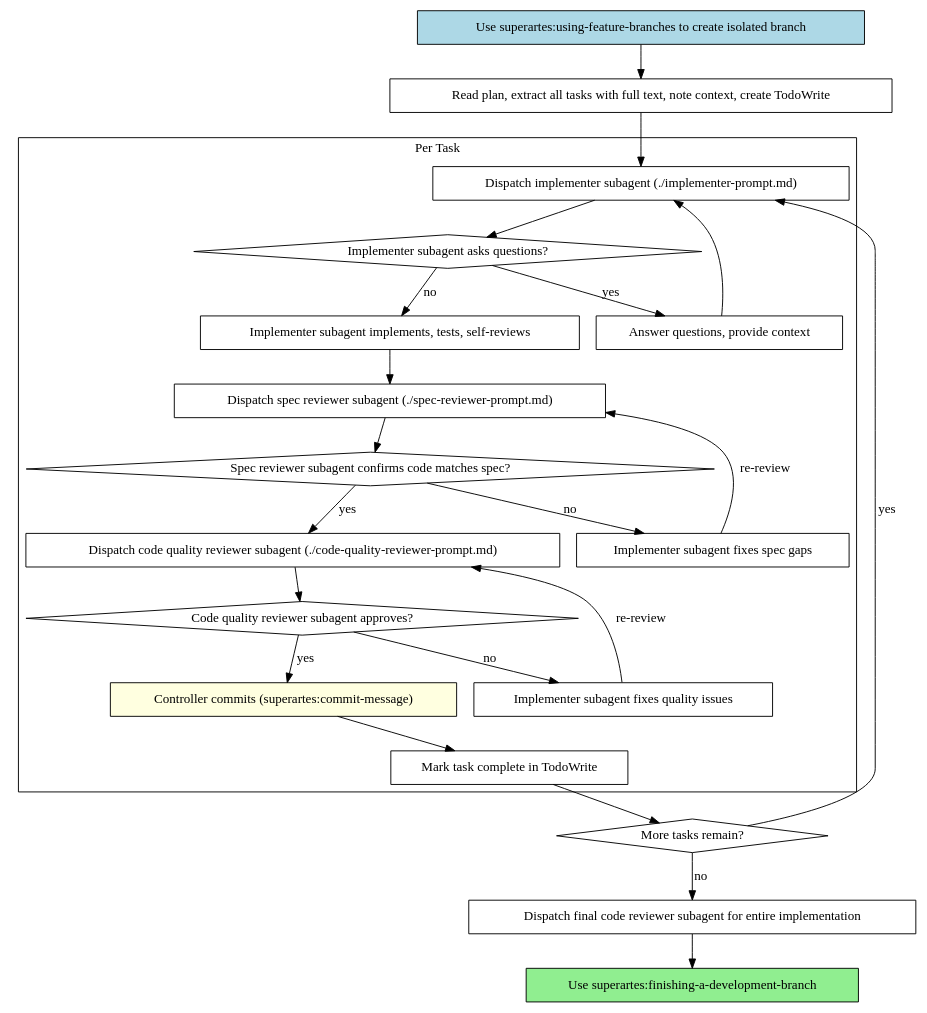
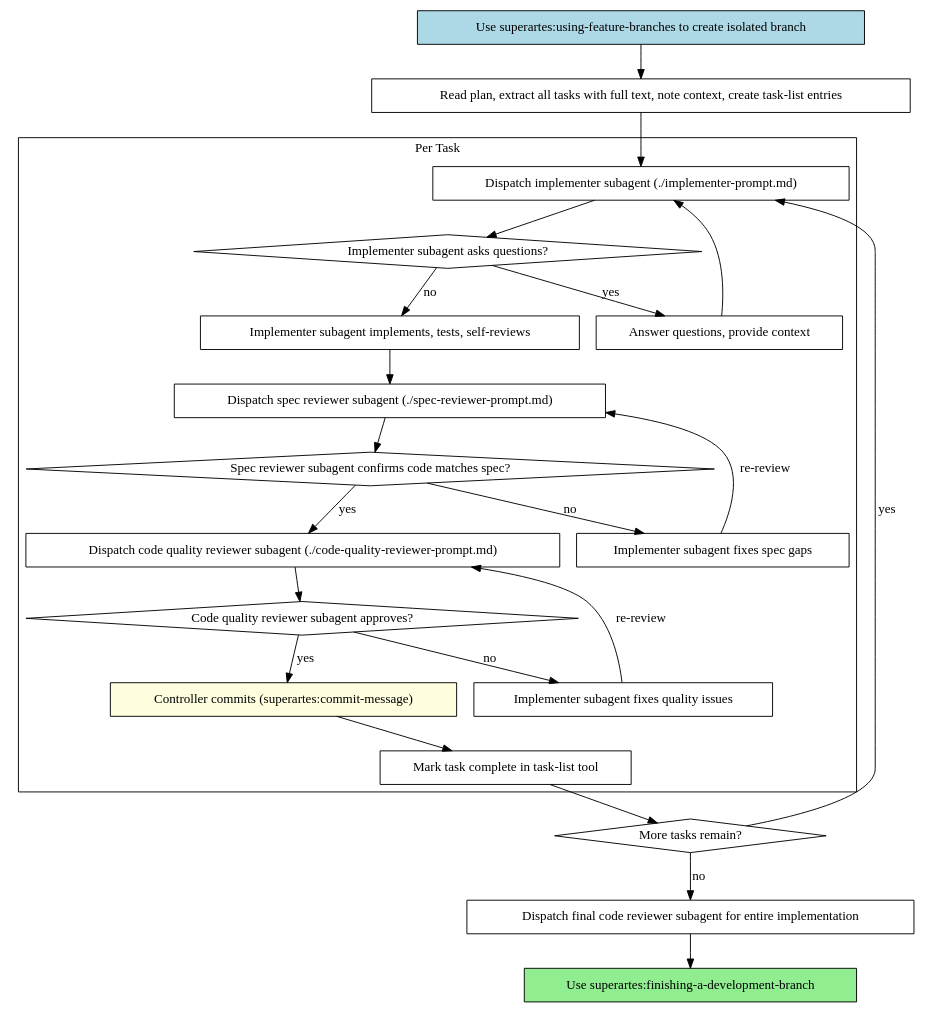
One commit to andybrandt/superartes changed the second of 2 diagrams in skills/subagent-driven-development/SKILL.md. Above: the diagram before and after it, drawn with Graphviz. The commit also changed other lines of this file and 18 other files, not shown here.

First line of the commit message:
v1.4.2 - make task-list guidance platform-agnostic

````diff
--- a/skills/subagent-driven-development/SKILL.md
+++ b/skills/subagent-driven-development/SKILL.md
@@ -44,48 +44,48 @@
 ```dot
 digraph process {
     rankdir=TB;
 
     subgraph cluster_per_task {
         label="Per Task";
         "Dispatch implementer subagent (./implementer-prompt.md)" [shape=box];
         "Implementer subagent asks questions?" [shape=diamond];
         "Answer questions, provide context" [shape=box];
         "Implementer subagent implements, tests, self-reviews" [shape=box];
         "Dispatch spec reviewer subagent (./spec-reviewer-prompt.md)" [shape=box];
         "Spec reviewer subagent confirms code matches spec?" [shape=diamond];
         "Implementer subagent fixes spec gaps" [shape=box];
         "Dispatch code quality reviewer subagent (./code-quality-reviewer-prompt.md)" [shape=box];
         "Code quality reviewer subagent approves?" [shape=diamond];
         "Implementer subagent fixes quality issues" [shape=box];
         "Controller commits (superartes:commit-message)" [shape=box style=filled fillcolor=lightyellow];
-        "Mark task complete in TodoWrite" [shape=box];
+        "Mark task complete in task-list tool" [shape=box];
     }
 
     "Use superartes:using-feature-branches to create isolated branch" [shape=box style=filled fillcolor=lightblue];
-    "Read plan, extract all tasks with full text, note context, create TodoWrite" [shape=box];
+    "Read plan, extract all tasks with full text, note context, create task-list entries" [shape=box];
     "More tasks remain?" [shape=diamond];
     "Dispatch final code reviewer subagent for entire implementation" [shape=box];
     "Use superartes:finishing-a-development-branch" [shape=box style=filled fillcolor=lightgreen];
 
-    "Use superartes:using-feature-branches to create isolated branch" -> "Read plan, extract all tasks with full text, note context, create TodoWrite";
-    "Read plan, extract all tasks with full text, note context, create TodoWrite" -> "Dispatch implementer subagent (./implementer-prompt.md)";
+    "Use superartes:using-feature-branches to create isolated branch" -> "Read plan, extract all tasks with full text, note context, create task-list entries";
+    "Read plan, extract all tasks with full text, note context, create task-list entries" -> "Dispatch implementer subagent (./implementer-prompt.md)";
     "Dispatch implementer subagent (./implementer-prompt.md)" -> "Implementer subagent asks questions?";
     "Implementer subagent asks questions?" -> "Answer questions, provide context" [label="yes"];
     "Answer questions, provide context" -> "Dispatch implementer subagent (./implementer-prompt.md)";
     "Implementer subagent asks questions?" -> "Implementer subagent implements, tests, self-reviews" [label="no"];
     "Implementer subagent implements, tests, self-reviews" -> "Dispatch spec reviewer subagent (./spec-reviewer-prompt.md)";
     "Dispatch spec reviewer subagent (./spec-reviewer-prompt.md)" -> "Spec reviewer subagent confirms code matches spec?";
     "Spec reviewer subagent confirms code matches spec?" -> "Implementer subagent fixes spec gaps" [label="no"];
     "Implementer subagent fixes spec gaps" -> "Dispatch spec reviewer subagent (./spec-reviewer-prompt.md)" [label="re-review"];
     "Spec reviewer subagent confirms code matches spec?" -> "Dispatch code quality reviewer subagent (./code-quality-reviewer-prompt.md)" [label="yes"];
     "Dispatch code quality reviewer subagent (./code-quality-reviewer-prompt.md)" -> "Code quality reviewer subagent approves?";
     "Code quality reviewer subagent approves?" -> "Implementer subagent fixes quality issues" [label="no"];
     "Implementer subagent fixes quality issues" -> "Dispatch code quality reviewer subagent (./code-quality-reviewer-prompt.md)" [label="re-review"];
     "Code quality reviewer subagent approves?" -> "Controller commits (superartes:commit-message)" [label="yes"];
-    "Controller commits (superartes:commit-message)" -> "Mark task complete in TodoWrite";
-    "Mark task complete in TodoWrite" -> "More tasks remain?";
+    "Controller commits (superartes:commit-message)" -> "Mark task complete in task-list tool";
+    "Mark task complete in task-list tool" -> "More tasks remain?";
     "More tasks remain?" -> "Dispatch implementer subagent (./implementer-prompt.md)" [label="yes"];
     "More tasks remain?" -> "Dispatch final code reviewer subagent for entire implementation" [label="no"];
     "Dispatch final code reviewer subagent for entire implementation" -> "Use superartes:finishing-a-development-branch";
 }
 ```
````
